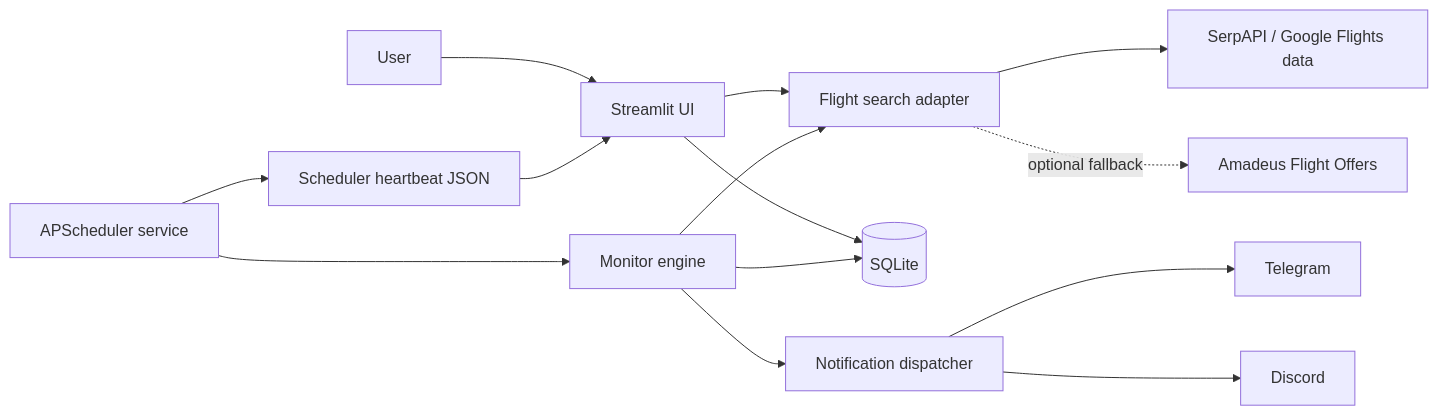
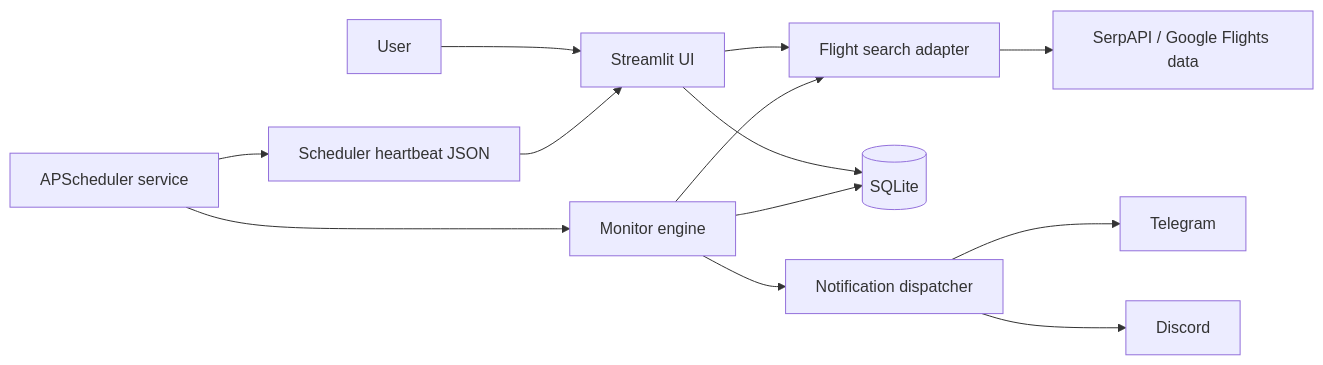
Before and after one commit to victor781205/skywatch-flight-monitor: the diagram in docs/ARCHITECTURE.md, drawn with Mermaid. The commit also changed other lines of this file and 11 other files, not shown here.

Commit message:
Remove unavailable Amadeus fallback

````diff
--- a/docs/ARCHITECTURE.md
+++ b/docs/ARCHITECTURE.md
@@ -6,16 +6,15 @@
 ```mermaid
 flowchart LR
   U[User] --> UI[Streamlit UI]
   UI --> API[Flight search adapter]
   S[APScheduler service] --> M[Monitor engine]
   M --> API
   API --> EXT[SerpAPI / Google Flights data]
-  API -. optional fallback .-> AMD[Amadeus Flight Offers]
   UI --> DB[(SQLite)]
   M --> DB
   M --> N[Notification dispatcher]
   N --> TG[Telegram]
   N --> DC[Discord]
   S --> H[Scheduler heartbeat JSON]
   H --> UI
 ```
````
